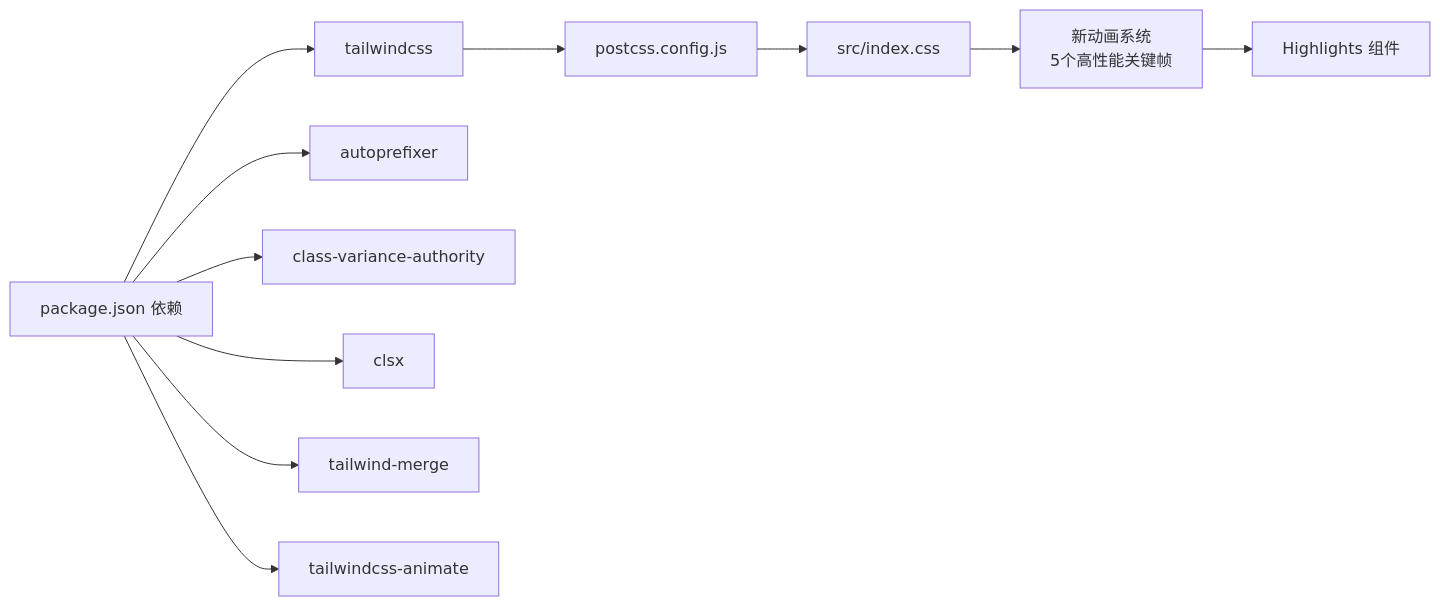
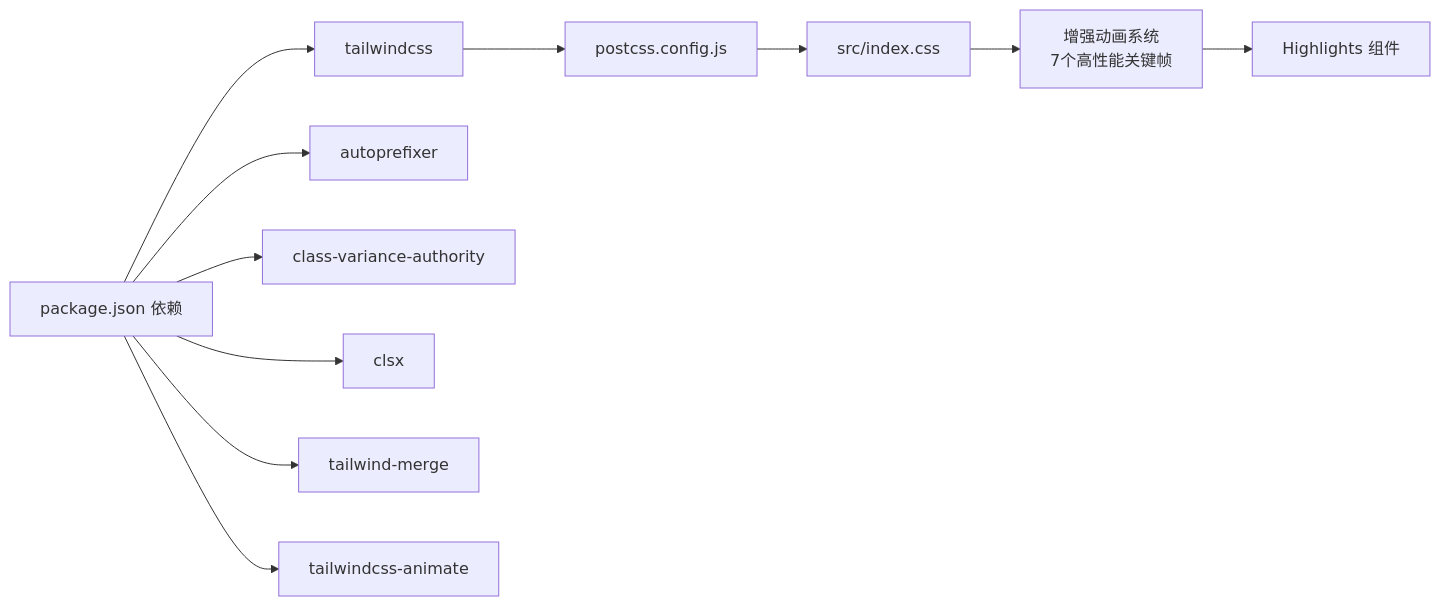
The fourth of 4 diagrams in .qoder/repowiki/zh/content/样式系统.md (Primoguo/naolizhi.cn), drawn with Mermaid before and after one commit. The commit also changed other lines of this file and 23 other files, not shown here.

````diff
--- a/.qoder/repowiki/zh/content/样式系统.md
+++ b/.qoder/repowiki/zh/content/样式系统.md
@@ -364,13 +384,13 @@
 ```mermaid
 graph LR
 Pkg["package.json 依赖"] --> TW["tailwindcss"]
 Pkg --> AP["autoprefixer"]
 Pkg --> CV["class-variance-authority"]
 Pkg --> CLS["clsx"]
 Pkg --> TM["tailwind-merge"]
 Pkg --> TA["tailwindcss-animate"]
 TW --> PC["postcss.config.js"]
 PC --> IN["src/index.css"]
-IN --> AN["新动画系统<br/>5个高性能关键帧"]
-AN --> HL["Highlights 组件"]
+IN --> EA["增强动画系统<br/>7个高性能关键帧"]
+EA --> HL["Highlights 组件"]
 ```
````
